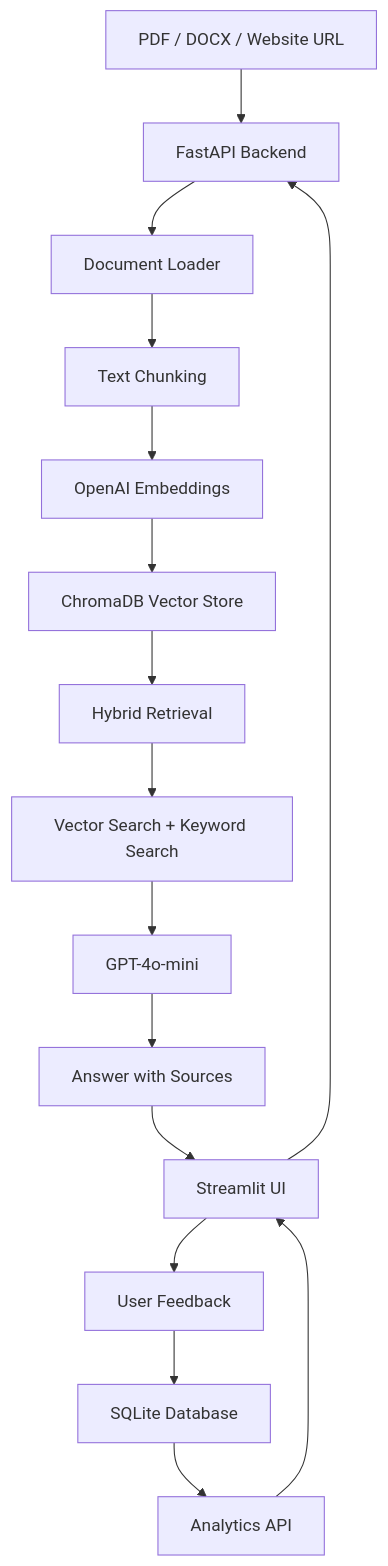
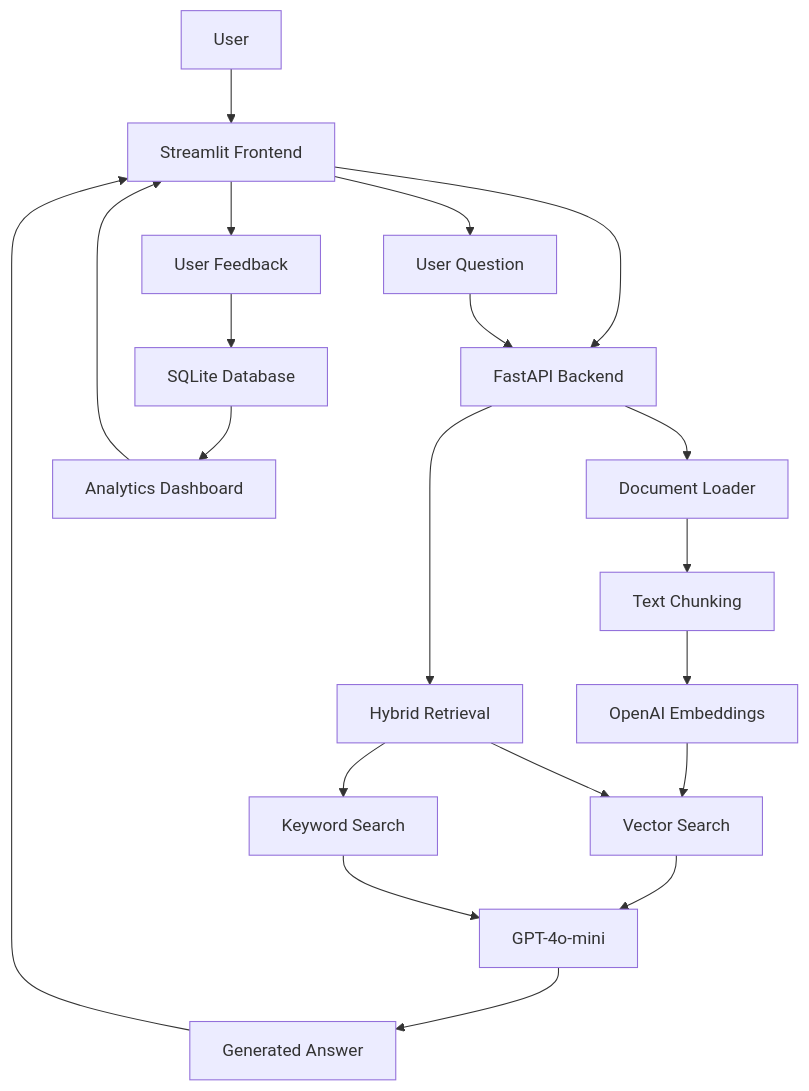
One commit to srushti0510/Enterprise-RAG-Assistant changed the diagram in architecture.md. Above: the diagram before and after it, drawn with Mermaid. The commit also changed other lines of this file, not shown here.

Commit message:
Updated architecture diagram

````diff
--- a/architecture.md
+++ b/architecture.md
@@ -3,23 +3,33 @@
 ```mermaid
 flowchart TD
 
-A[PDF / DOCX / Website URL] --> B[FastAPI Backend]
+U[User]
 
-B --> C[Document Loader]
-C --> D[Text Chunking]
-D --> E[OpenAI Embeddings]
-E --> F[ChromaDB Vector Store]
+U --> S[Streamlit Frontend]
 
-F --> G[Hybrid Retrieval]
-G --> H[Vector Search + Keyword Search]
-H --> I[GPT-4o-mini]
-I --> J[Answer with Sources]
+S --> F[FastAPI Backend]
 
-K[Streamlit UI] --> B
-J --> K
+F --> DL[Document Loader]
+DL --> TC[Text Chunking]
+TC --> EMB[OpenAI Embeddings]
+EMB --> VS[ChromaDB Vector Store]
 
-K --> L[User Feedback]
-L --> M[SQLite Database]
-M --> N[Analytics API]
-N --> K
+S --> Q[User Question]
+Q --> F
+
+F --> HR[Hybrid Retrieval]
+HR --> VS[Vector Search]
+HR --> KS[Keyword Search]
+
+VS --> GPT[GPT-4o-mini]
+KS --> GPT
+
+GPT --> A[Generated Answer]
+A --> S
+
+S --> FB[User Feedback]
+FB --> SQL[SQLite Database]
+
+SQL --> AN[Analytics Dashboard]
+AN --> S
 ```
````
